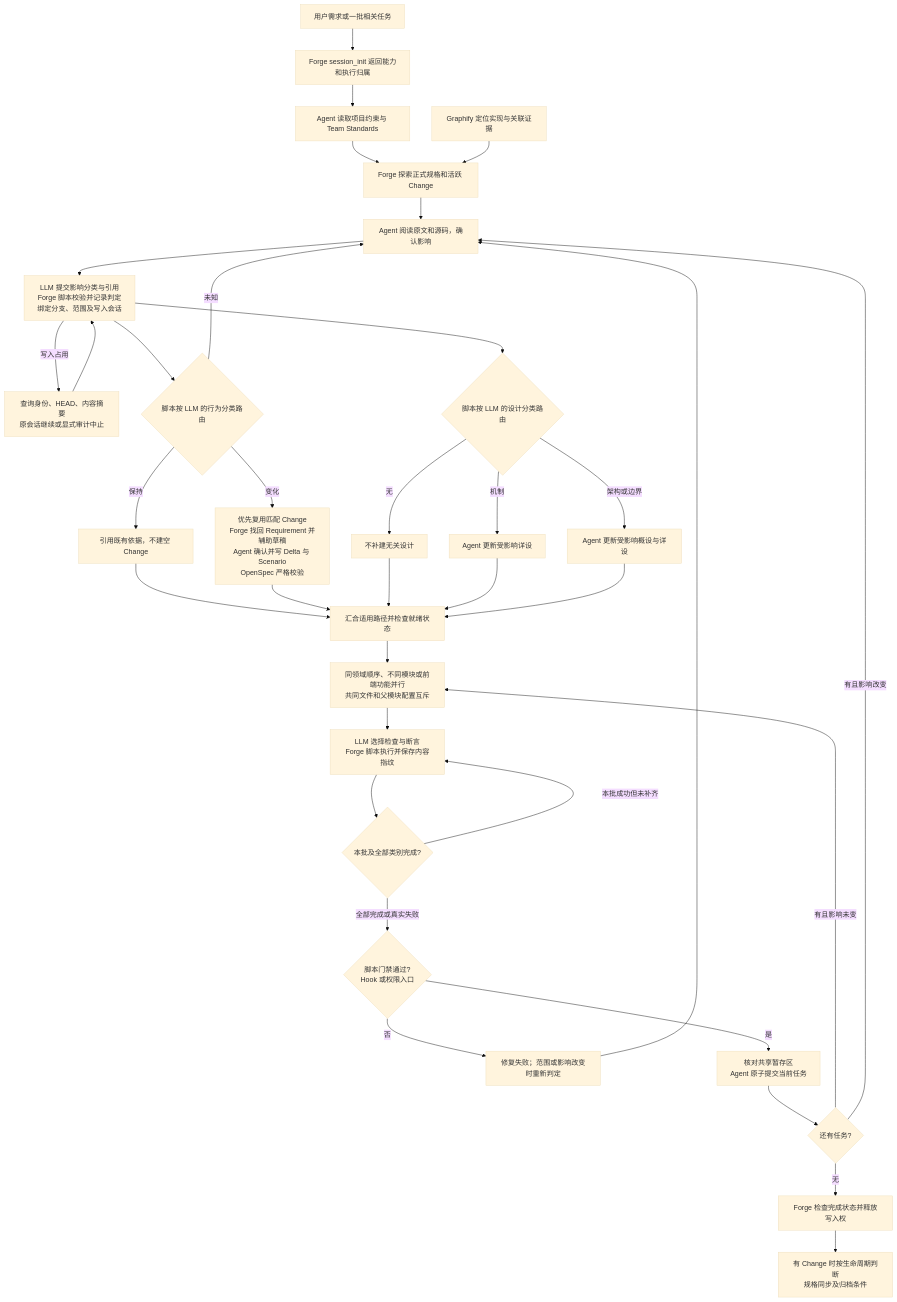
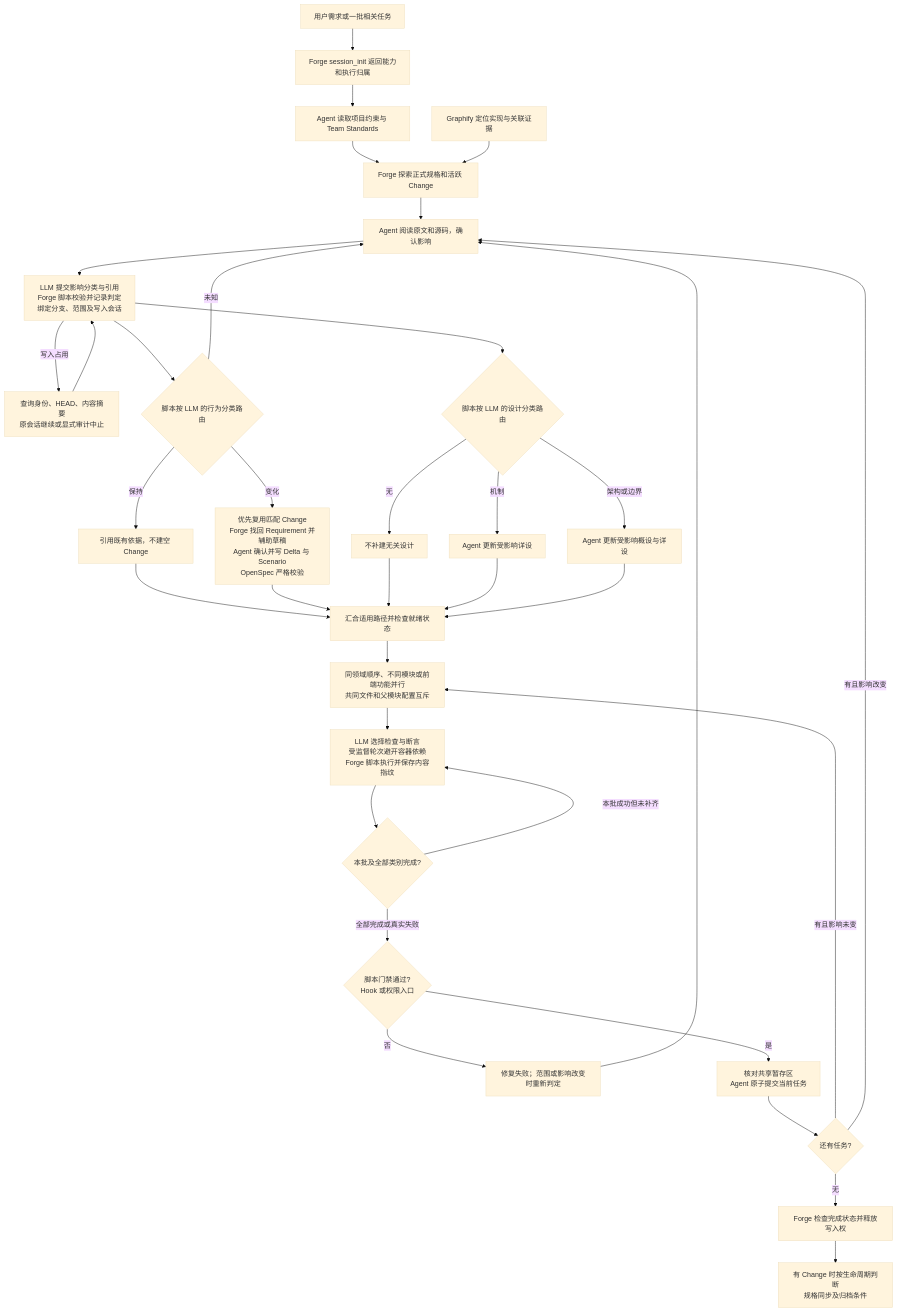
One commit to exception-coder/kai-toolbox changed the second of 7 diagrams in docs/ai-coding-architecture.md. Above: the diagram before and after it, drawn with Mermaid (base theme). The commit also changed other lines of this file and 11 other files, not shown here.

````diff
--- a/docs/ai-coding-architecture.md
+++ b/docs/ai-coding-architecture.md
@@ -113,37 +115,37 @@
 ```mermaid
 flowchart TD
     REQUEST["用户需求或一批相关任务"] --> SESSION["Forge session_init 返回能力和执行归属"]
     SESSION --> READ["Agent 读取项目约束与 Team Standards"]
     READ --> DISCOVER["Forge 探索正式规格和活跃 Change"]
     GRAPHIFY["Graphify 定位实现与关联证据"] --> DISCOVER
     DISCOVER --> REVIEW["Agent 阅读原文和源码，确认影响"]
     REVIEW --> ASSESS["LLM 提交影响分类与引用<br/>Forge 脚本校验并记录判定<br/>绑定分支、范围及写入会话"]
     ASSESS -->|"写入占用"| RECOVERY["查询身份、HEAD、内容摘要<br/>原会话继续或显式审计中止"]
     RECOVERY --> ASSESS
     ASSESS --> SPEC_ROUTE{"脚本按 LLM 的行为分类路由"}
     SPEC_ROUTE -->|"未知"| REVIEW
     SPEC_ROUTE -->|"保持"| NO_DELTA["引用既有依据，不建空 Change"]
     SPEC_ROUTE -->|"变化"| DELTA["优先复用匹配 Change<br/>Forge 找回 Requirement 并辅助草稿<br/>Agent 确认并写 Delta 与 Scenario<br/>OpenSpec 严格校验"]
     ASSESS --> DESIGN_ROUTE{"脚本按 LLM 的设计分类路由"}
     DESIGN_ROUTE -->|"无"| NO_DESIGN["不补建无关设计"]
     DESIGN_ROUTE -->|"机制"| DETAIL["Agent 更新受影响详设"]
     DESIGN_ROUTE -->|"架构或边界"| BOTH["Agent 更新受影响概设与详设"]
     NO_DELTA --> READY["汇合适用路径并检查就绪状态"]
     DELTA --> READY
     NO_DESIGN --> READY
     DETAIL --> READY
     BOTH --> READY
     READY --> IMPLEMENT["同领域顺序、不同模块或前端功能并行<br/>共同文件和父模块配置互斥"]
-    IMPLEMENT --> VERIFY["LLM 选择检查与断言<br/>Forge 脚本执行并保存内容指纹"]
+    IMPLEMENT --> VERIFY["LLM 选择检查与断言<br/>受监督轮次避开容器依赖<br/>Forge 脚本执行并保存内容指纹"]
     VERIFY --> PARTIAL{"本批及全部类别完成?"}
     PARTIAL -->|"本批成功但未补齐"| VERIFY
     PARTIAL -->|"全部完成或真实失败"| GATE{"脚本门禁通过?<br/>Hook 或权限入口"}
     GATE -->|"否"| REPAIR["修复失败；范围或影响改变时重新判定"]
     REPAIR --> REVIEW
     GATE -->|"是"| COMMIT["核对共享暂存区<br/>Agent 原子提交当前任务"]
     COMMIT --> MORE{"还有任务?"}
     MORE -->|"有且影响未变"| IMPLEMENT
     MORE -->|"有且影响改变"| REVIEW
     MORE -->|"无"| FINISH["Forge 检查完成状态并释放写入权"]
     FINISH --> ARCHIVE["有 Change 时按生命周期判断<br/>规格同步及归档条件"]
 ```
````
